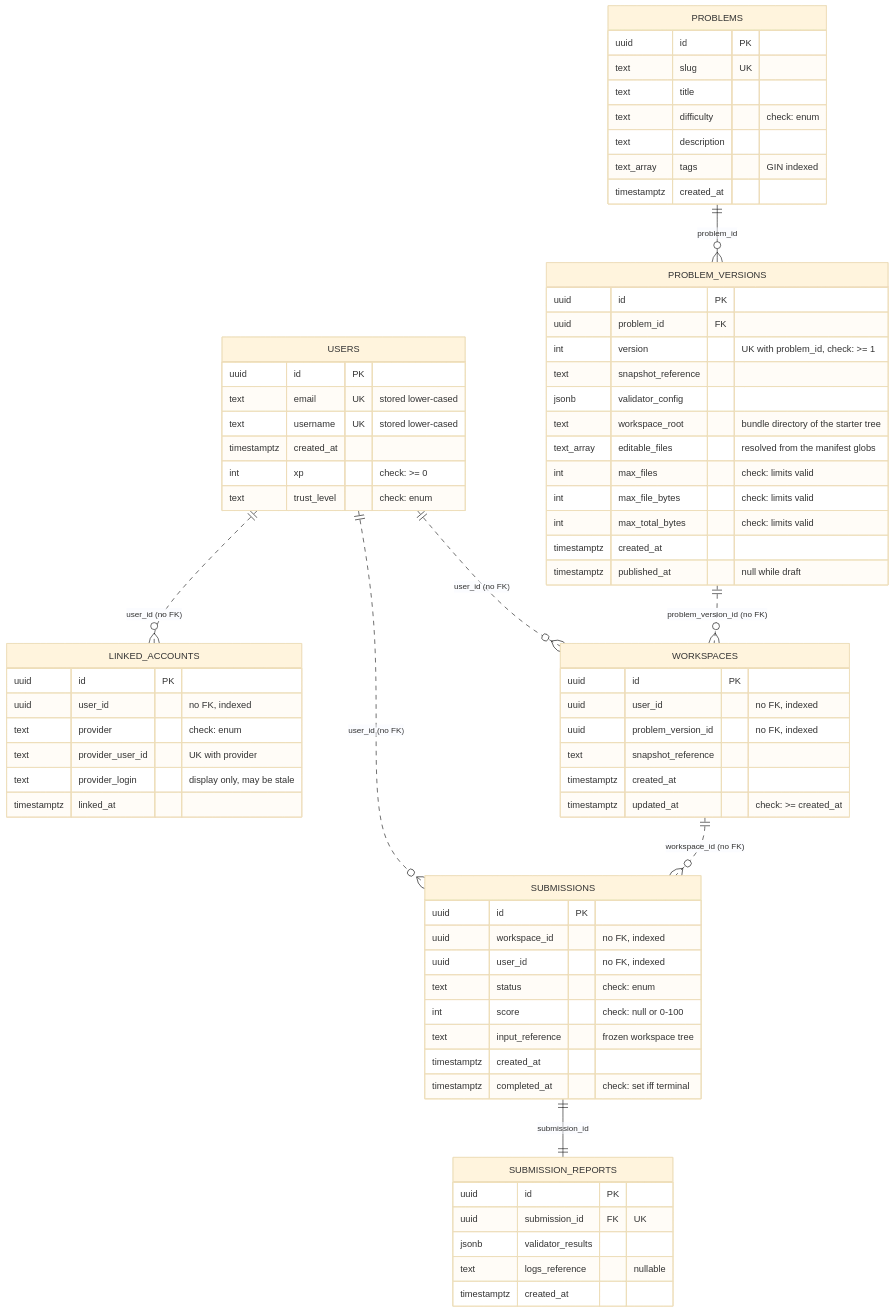
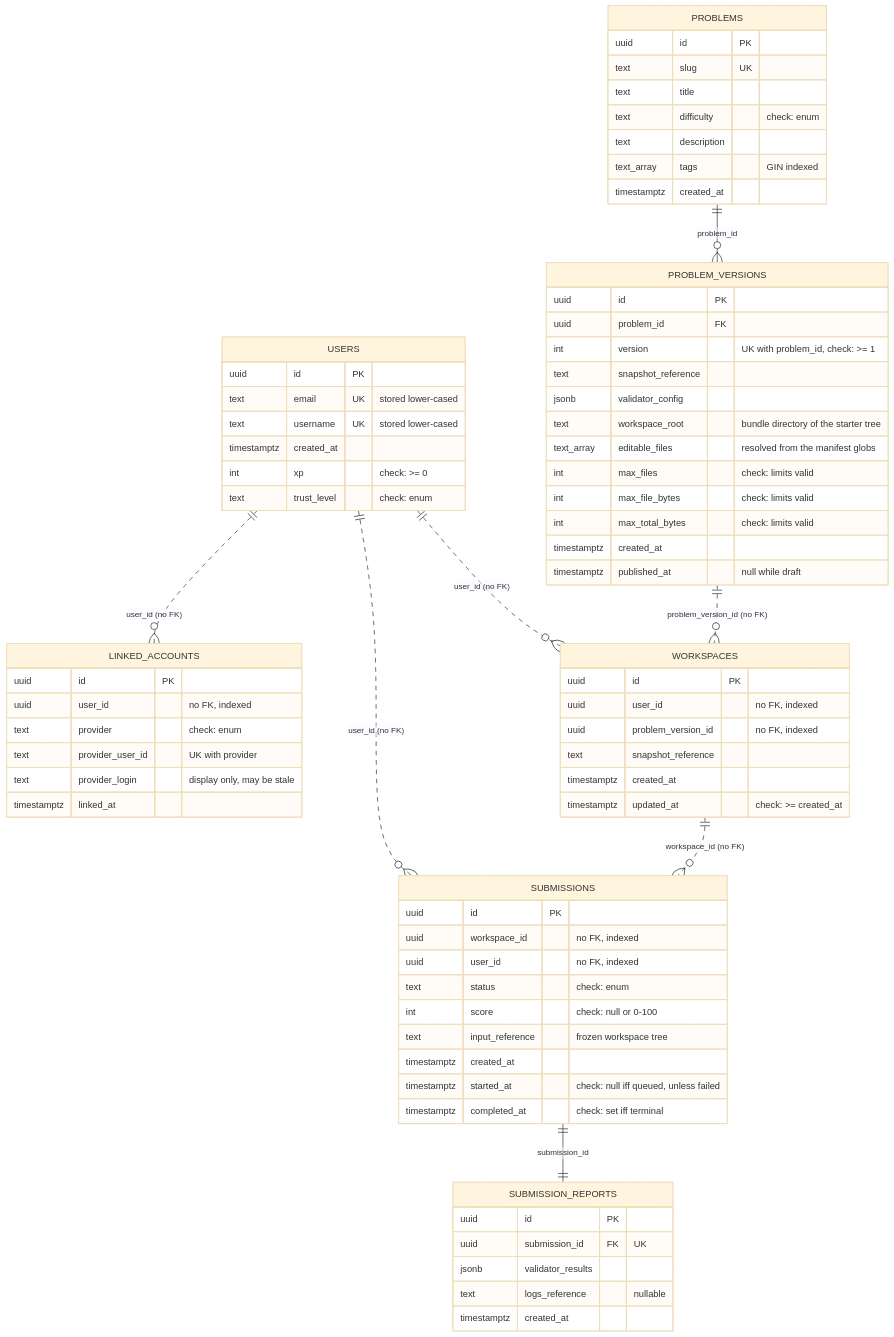
Before and after one commit to shoraLBRT/ritocode: the diagram in docs/DATABASE_SCHEMA.md, drawn with Mermaid (base theme). The commit also changed other lines of this file and 17 other files, not shown here.

````diff
--- a/docs/DATABASE_SCHEMA.md
+++ b/docs/DATABASE_SCHEMA.md
@@ -24,81 +24,82 @@
 ```mermaid
 erDiagram
     USERS ||..o{ LINKED_ACCOUNTS : "user_id (no FK)"
     USERS ||..o{ WORKSPACES : "user_id (no FK)"
     USERS ||..o{ SUBMISSIONS : "user_id (no FK)"
     PROBLEMS ||--o{ PROBLEM_VERSIONS : "problem_id"
     PROBLEM_VERSIONS ||..o{ WORKSPACES : "problem_version_id (no FK)"
     WORKSPACES ||..o{ SUBMISSIONS : "workspace_id (no FK)"
     SUBMISSIONS ||--|| SUBMISSION_REPORTS : "submission_id"
 
     USERS {
         uuid id PK
         text email UK "stored lower-cased"
         text username UK "stored lower-cased"
         timestamptz created_at
         int xp "check: >= 0"
         text trust_level "check: enum"
     }
 
     LINKED_ACCOUNTS {
         uuid id PK
         uuid user_id "no FK, indexed"
         text provider "check: enum"
         text provider_user_id "UK with provider"
         text provider_login "display only, may be stale"
         timestamptz linked_at
     }
 
     PROBLEMS {
         uuid id PK
         text slug UK
         text title
         text difficulty "check: enum"
         text description
         text_array tags "GIN indexed"
         timestamptz created_at
     }
 
     PROBLEM_VERSIONS {
         uuid id PK
         uuid problem_id FK
         int version "UK with problem_id, check: >= 1"
         text snapshot_reference
         jsonb validator_config
         text workspace_root "bundle directory of the starter tree"
         text_array editable_files "resolved from the manifest globs"
         int max_files "check: limits valid"
         int max_file_bytes "check: limits valid"
         int max_total_bytes "check: limits valid"
         timestamptz created_at
         timestamptz published_at "null while draft"
     }
 
     WORKSPACES {
         uuid id PK
         uuid user_id "no FK, indexed"
         uuid problem_version_id "no FK, indexed"
         text snapshot_reference
         timestamptz created_at
         timestamptz updated_at "check: >= created_at"
     }
 
     SUBMISSIONS {
         uuid id PK
         uuid workspace_id "no FK, indexed"
         uuid user_id "no FK, indexed"
         text status "check: enum"
         int score "check: null or 0-100"
         text input_reference "frozen workspace tree"
         timestamptz created_at
+        timestamptz started_at "check: null iff queued, unless failed"
         timestamptz completed_at "check: set iff terminal"
     }
 
     SUBMISSION_REPORTS {
         uuid id PK
         uuid submission_id FK "UK"
         jsonb validator_results
         text logs_reference "nullable"
         timestamptz created_at
     }
 ```
````
